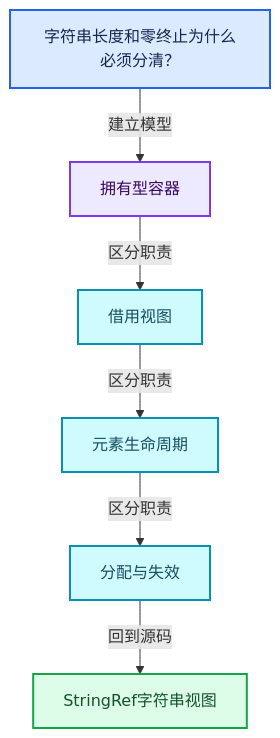
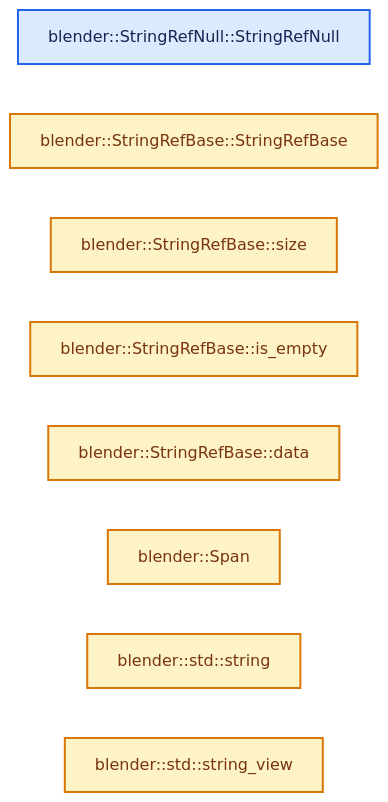
Before and after one commit to yunkezengren/blender-.vscode: the second of 4 diagrams in 杂/markdown/全面学习-codex/01-基础容器与现代CPP/15-StringRef字符串视图.md, drawn with Mermaid. The commit also changed other lines of this file and 1930 other files, not shown here.

````diff
--- a/杂/markdown/全面学习-codex/01-基础容器与现代CPP/15-StringRef字符串视图.md
+++ b/杂/markdown/全面学习-codex/01-基础容器与现代CPP/15-StringRef字符串视图.md
@@ -60,20 +46,17 @@
 ```mermaid
-flowchart TB
-  Q["字符串长度和零终止为什么必须分清？"]:::input
-  C0["拥有型容器"]:::abstraction
-  C1["借用视图"]:::data
-  C2["元素生命周期"]:::data
-  C3["分配与失效"]:::data
-  R["StringRef字符串视图"]:::result
-  Q -->|"建立模型"| C0
-  C0 -->|"区分职责"| C1
-  C1 -->|"区分职责"| C2
-  C2 -->|"区分职责"| C3
-  C3 -->|"回到源码"| R
+flowchart LR
+  F0["blender::StringRefNull::StringRefNull"]:::input
+  F1["blender::StringRefBase::StringRefBase"]:::compute
+  F2["blender::StringRefBase::size"]:::compute
+  F3["blender::StringRefBase::is_empty"]:::compute
+  F4["blender::StringRefBase::data"]:::compute
+  F5["blender::Span"]:::compute
+  F6["blender::std::string"]:::compute
+  F7["blender::std::string_view"]:::compute
   classDef input fill:#DBEAFE,stroke:#2563EB,color:#172554,stroke-width:2px;
   classDef data fill:#CFFAFE,stroke:#0891B2,color:#164E63,stroke-width:2px;
   classDef abstraction fill:#EDE9FE,stroke:#7C3AED,color:#3B0764,stroke-width:2px;
   classDef compute fill:#FEF3C7,stroke:#D97706,color:#78350F,stroke-width:2px;
   classDef result fill:#DCFCE7,stroke:#16A34A,color:#14532D,stroke-width:2px;
   classDef error fill:#FEE2E2,stroke:#DC2626,color:#7F1D1D,stroke-width:2px;
 ```
````
